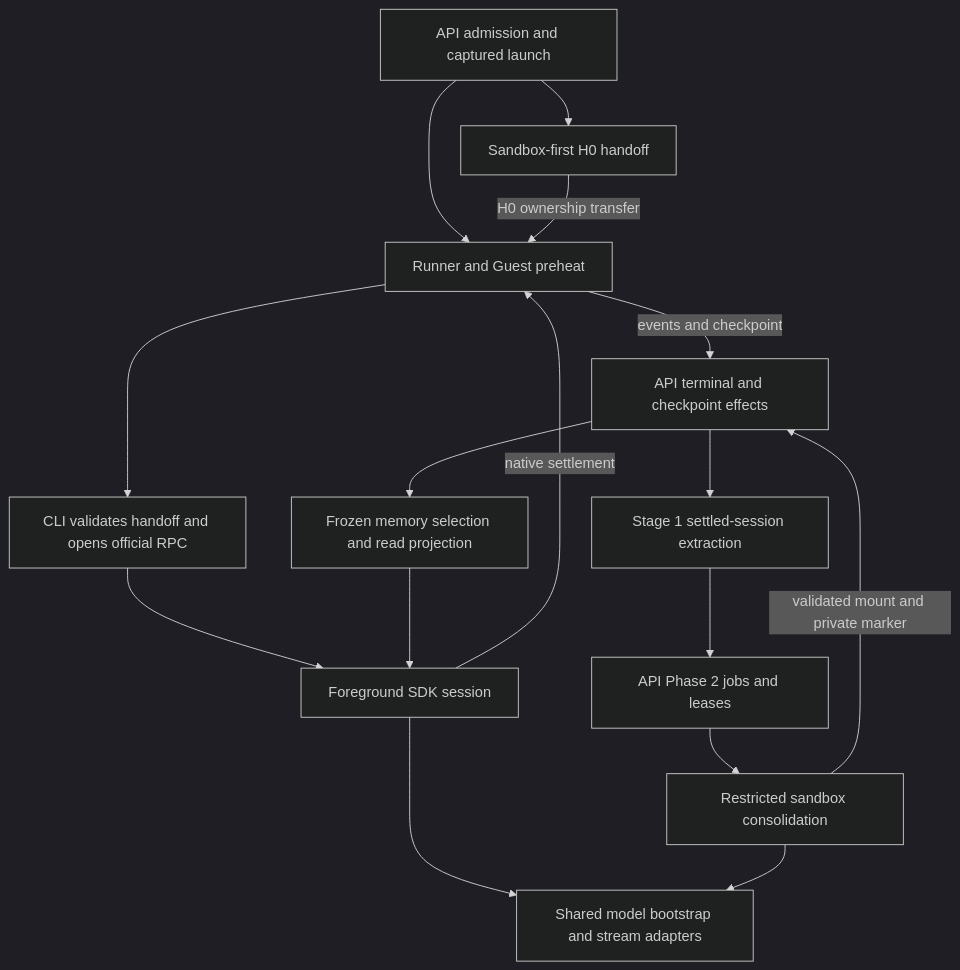
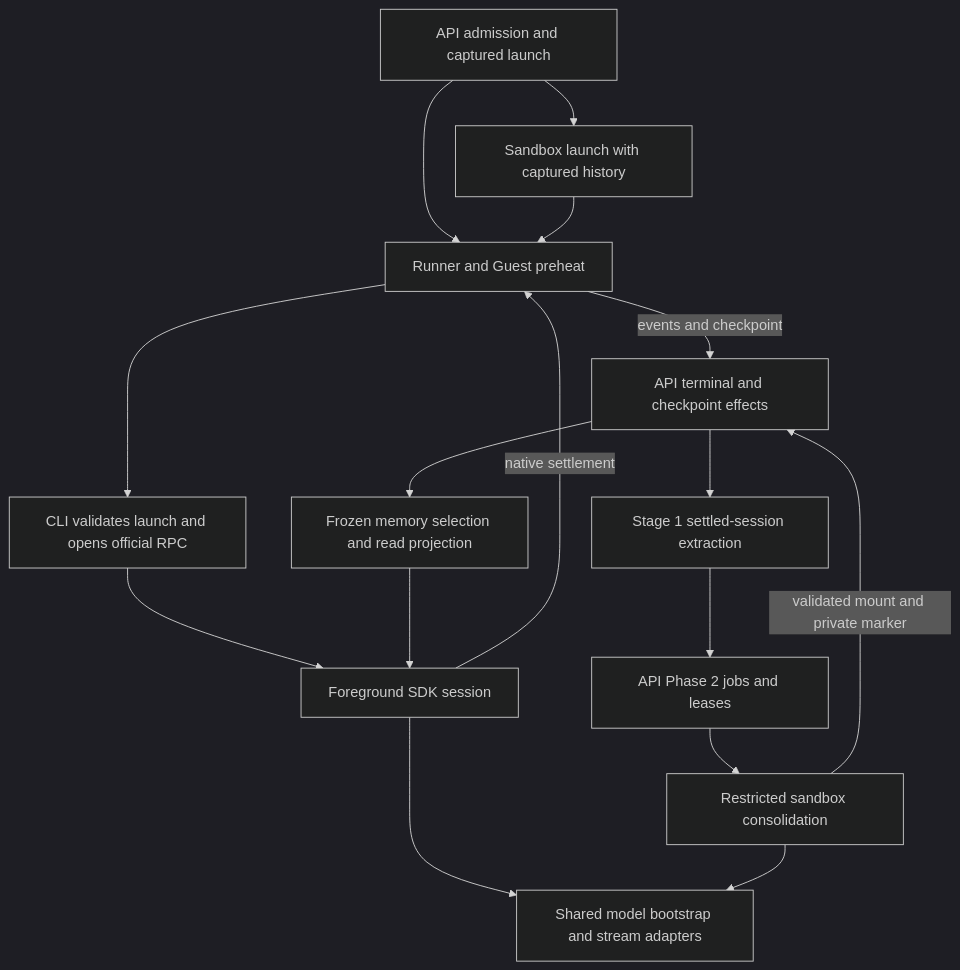
Before and after one commit to highestop/okou: the diagram in docs/pi-runtime-architecture.md, drawn with Mermaid (dark theme). The commit also changed other lines of this file and 370 other files, not shown here.

````diff
--- a/docs/pi-runtime-architecture.md
+++ b/docs/pi-runtime-architecture.md
@@ -39,18 +35,18 @@
 ```mermaid
 flowchart TD
-    Launch[API admission and captured launch] --> First[Sandbox-first H0 handoff]
+    Launch[API admission and captured launch] --> First[Sandbox launch with captured history]
     Launch --> Platform[Runner and Guest preheat]
-    First -->|H0 ownership transfer| Platform
-    Platform --> CLI[CLI validates handoff and opens official RPC]
+    First --> Platform
+    Platform --> CLI[CLI validates launch and opens official RPC]
     CLI --> Session[Foreground SDK session]
     Session --> Model[Shared model bootstrap and stream adapters]
     Session -->|native settlement| Platform
     Platform -->|events and checkpoint| Durable[API terminal and checkpoint effects]
     Durable --> Extract[Stage 1 settled-session extraction]
     Extract --> Jobs[API Phase 2 jobs and leases]
     Jobs --> Maintenance[Restricted sandbox consolidation]
     Maintenance --> Model
     Maintenance -->|validated mount and private marker| Durable
     Durable --> Recall[Frozen memory selection and read projection]
     Recall --> Session
 ```
````
